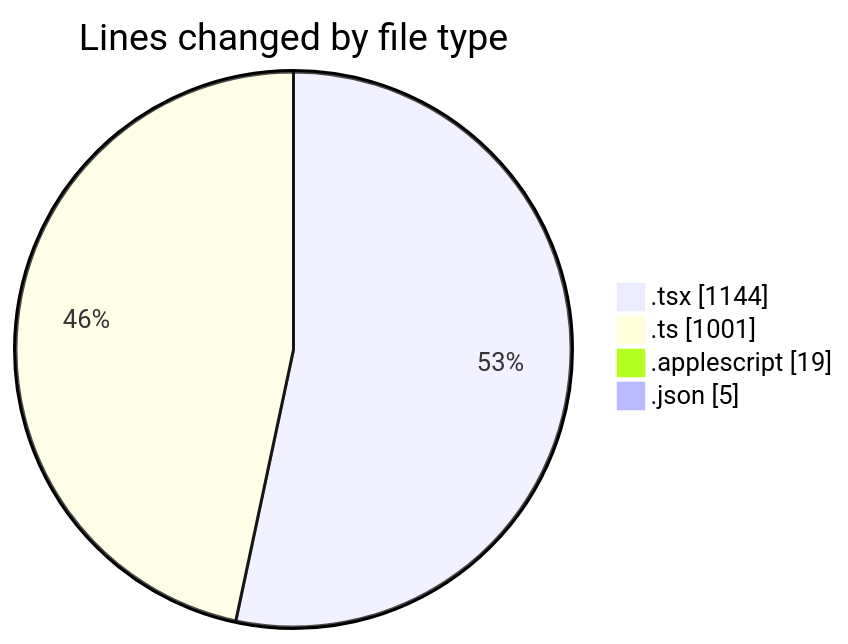
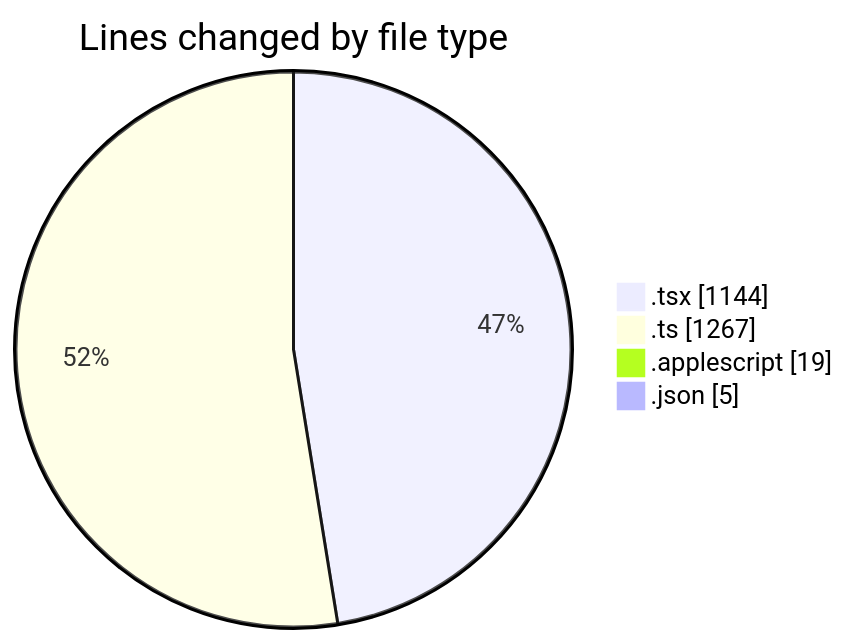
The first of 2 diagrams in 2025-07-11/ribbon/README.md (EIIisD/code-tracking), drawn with Mermaid before and after one commit. The commit also changed other lines of this file and 1 other file, not shown here.

````diff
--- a/2025-07-11/ribbon/README.md
+++ b/2025-07-11/ribbon/README.md
@@ -32,8 +33,8 @@
 ```mermaid
 pie showData
 title Lines changed by file type
 ".tsx" : 1144
-".ts" : 1001
+".ts" : 1267
 ".applescript" : 19
 ".json" : 5
 ```
````
